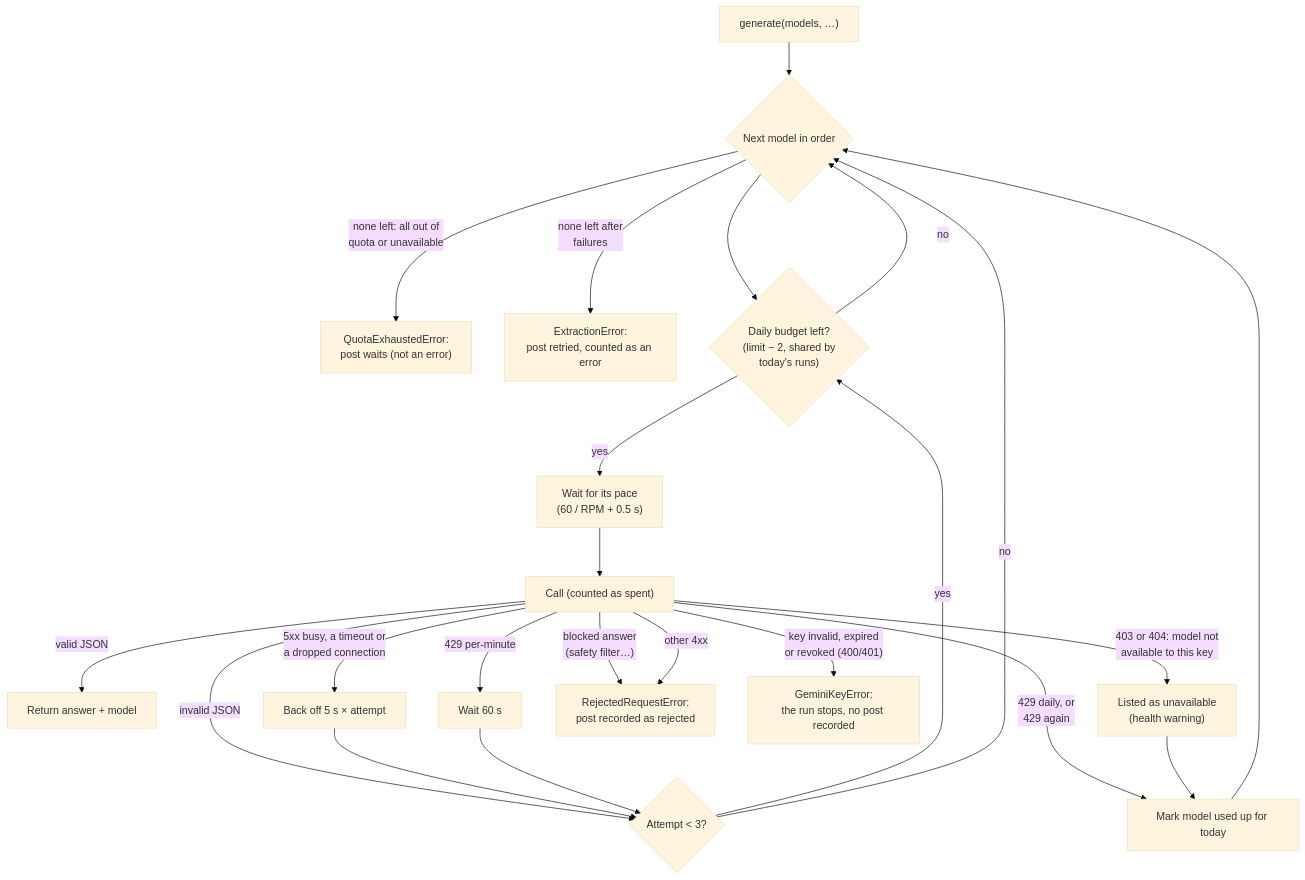
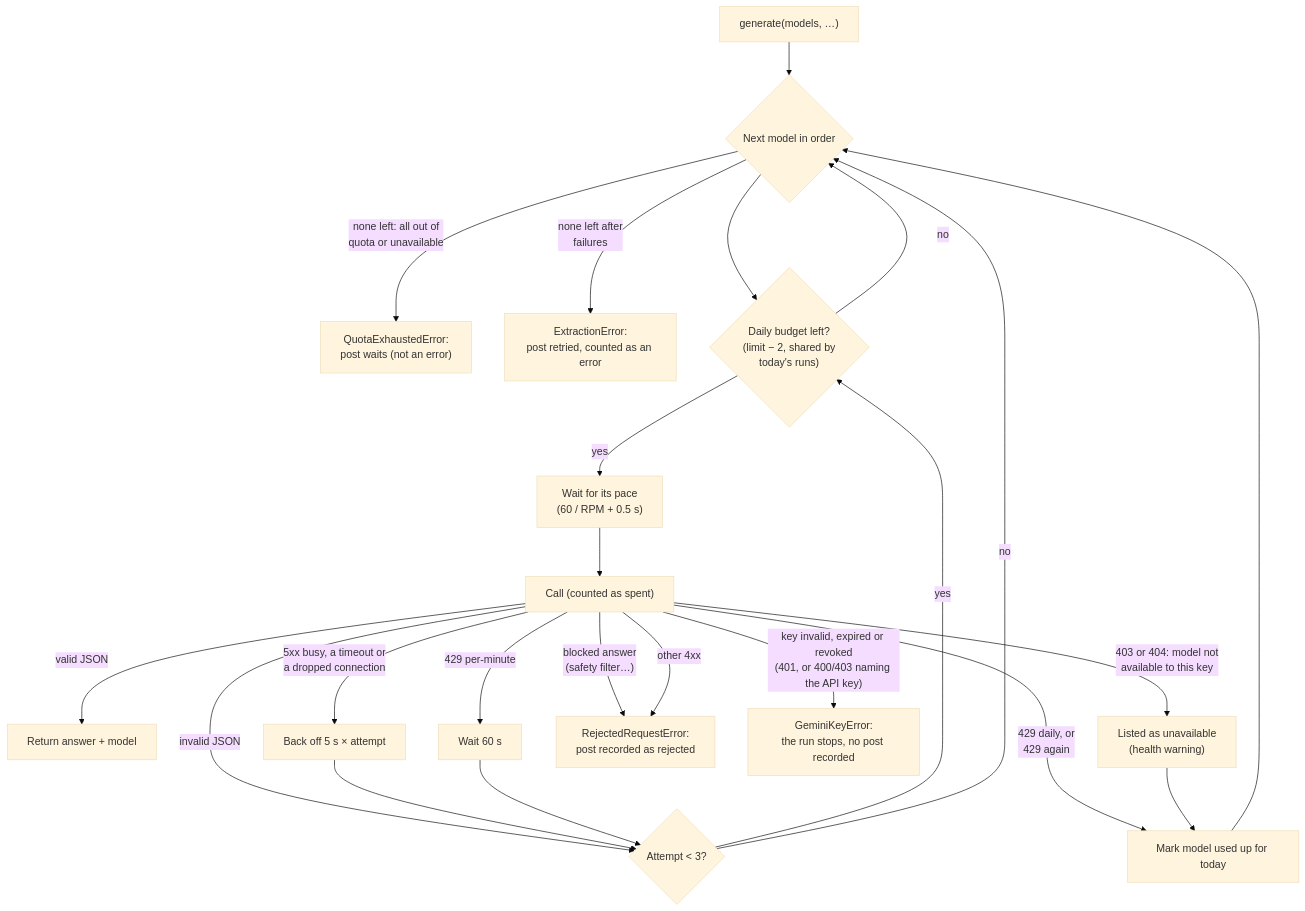
The fifth of 12 diagrams in docs/ARCHITECTURE.md (pa-bailar/backend), drawn with Mermaid (base theme) before and after one commit. The commit also changed other lines of this file and 2 other files, not shown here.

Commit message:
docs: admin waits and inbox scope, request job, key errors, tokens, capacity, whose turn it is

````diff
--- a/docs/ARCHITECTURE.md
+++ b/docs/ARCHITECTURE.md
@@ -521,20 +528,20 @@
 ```mermaid
 flowchart TD
     S["generate(models, …)"] --> M{"Next model in order"}
     M -->|"none left: all out of<br/>quota or unavailable"| Q["QuotaExhaustedError:<br/>post waits (not an error)"]
     M -->|"none left after<br/>failures"| E["ExtractionError:<br/>post retried, counted as an error"]
     M --> B{"Daily budget left?<br/>(limit − 2, shared by<br/>today's runs)"}
     B -->|no| M
     B -->|yes| PACE["Wait for its pace<br/>(60 / RPM + 0.5 s)"] --> CALL["Call (counted as spent)"]
     CALL -->|"valid JSON"| OK["Return answer + model"]
     CALL -->|"invalid JSON"| RETRY{"Attempt < 3?"}
     CALL -->|"5xx busy, a timeout or<br/>a dropped connection"| BACK["Back off 5 s × attempt"] --> RETRY
     CALL -->|"429 per-minute"| WAIT["Wait 60 s"] --> RETRY
     CALL -->|"429 daily, or<br/>429 again"| EXH["Mark model used up for today"] --> M
     CALL -->|"403 or 404: model not<br/>available to this key"| UNAV["Listed as unavailable<br/>(health warning)"] --> EXH
     CALL -->|"blocked answer<br/>(safety filter…)"| REJ["RejectedRequestError:<br/>post recorded as rejected"]
-    CALL -->|"key invalid, expired<br/>or revoked (400/401)"| KEY["GeminiKeyError:<br/>the run stops, no post recorded"]
+    CALL -->|"key invalid, expired or revoked<br/>(401, or 400/403 naming the API key)"| KEY["GeminiKeyError:<br/>the run stops, no post recorded"]
     CALL -->|"other 4xx"| REJ
     RETRY -->|yes| B
     RETRY -->|no| M
 ```
````
